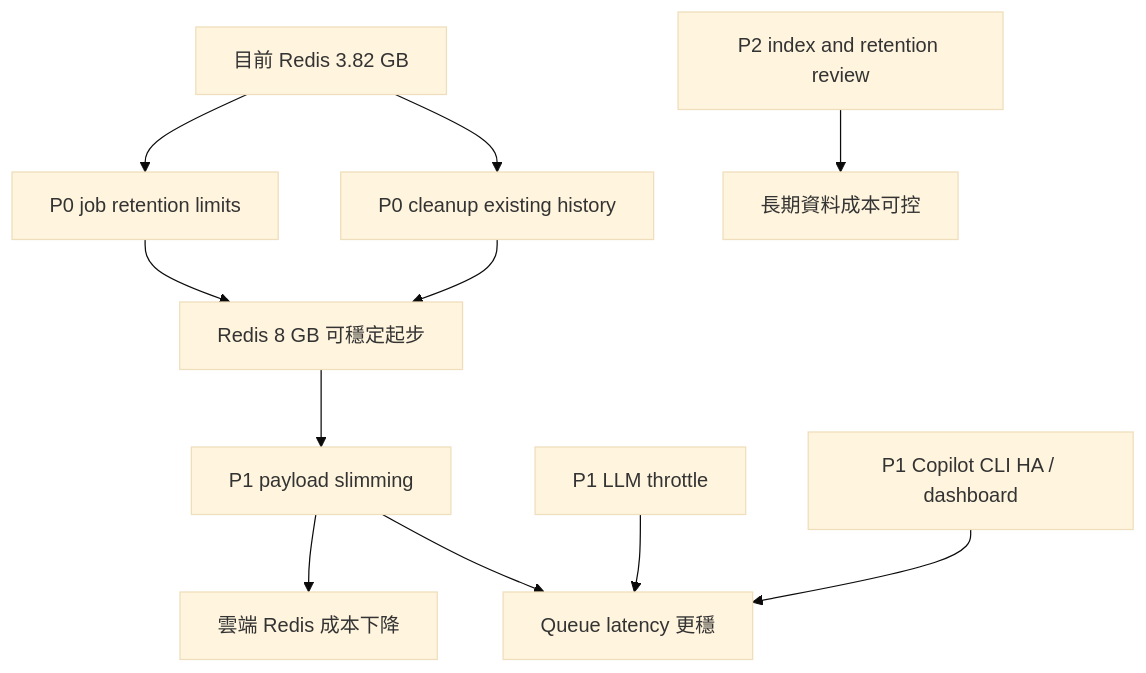
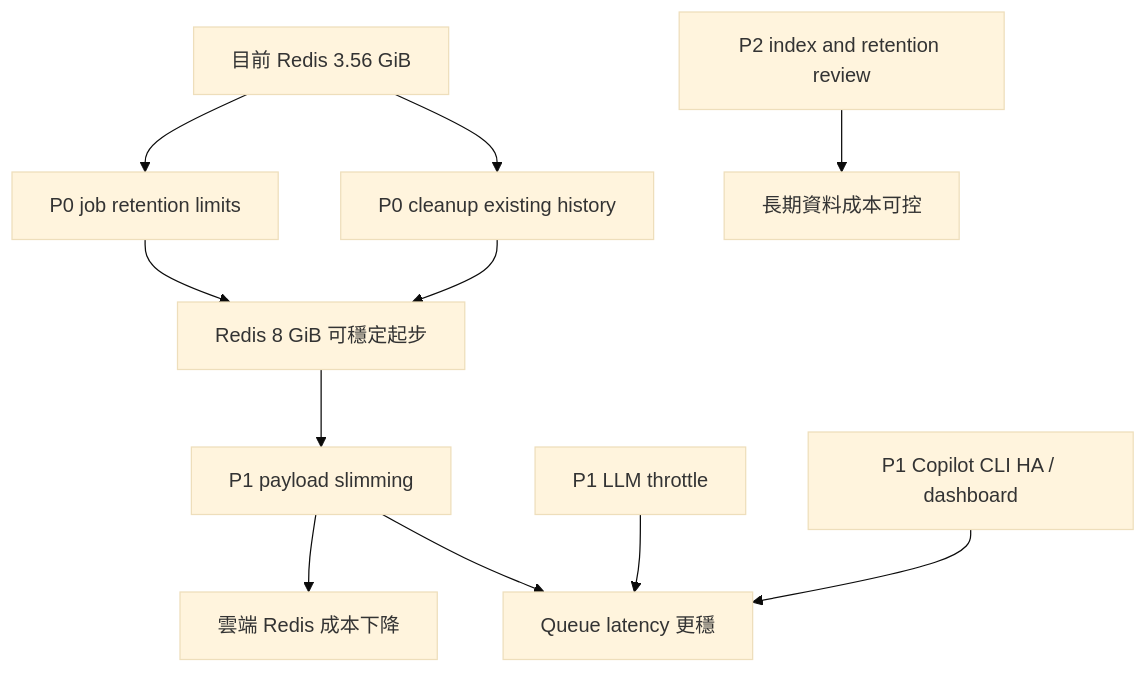
Before and after one commit to chunkai1312/temp: diagram 16 of 17 in production-resource-architecture-proposal.md, drawn with Mermaid (base theme). The commit also changed other lines of this file, not shown here.

````diff
--- a/production-resource-architecture-proposal.md
+++ b/production-resource-architecture-proposal.md
@@ -674,13 +672,13 @@
 ```mermaid
 flowchart TB
-  NOW["目前 Redis 3.82 GB"] --> P0A["P0 job retention limits"]
+  NOW["目前 Redis 3.56 GiB"] --> P0A["P0 job retention limits"]
   NOW --> P0B["P0 cleanup existing history"]
-  P0A --> LOWER["Redis 8 GB 可穩定起步"]
+  P0A --> LOWER["Redis 8 GiB 可穩定起步"]
   P0B --> LOWER
   LOWER --> P1A["P1 payload slimming"]
   P1A --> COST["雲端 Redis 成本下降"]
   P1A --> STABILITY["Queue latency 更穩"]
   P1B["P1 LLM throttle"] --> STABILITY
   P1C["P1 Copilot CLI HA / dashboard"] --> STABILITY
   P2["P2 index and retention review"] --> LONGTERM["長期資料成本可控"]
 ```
````
